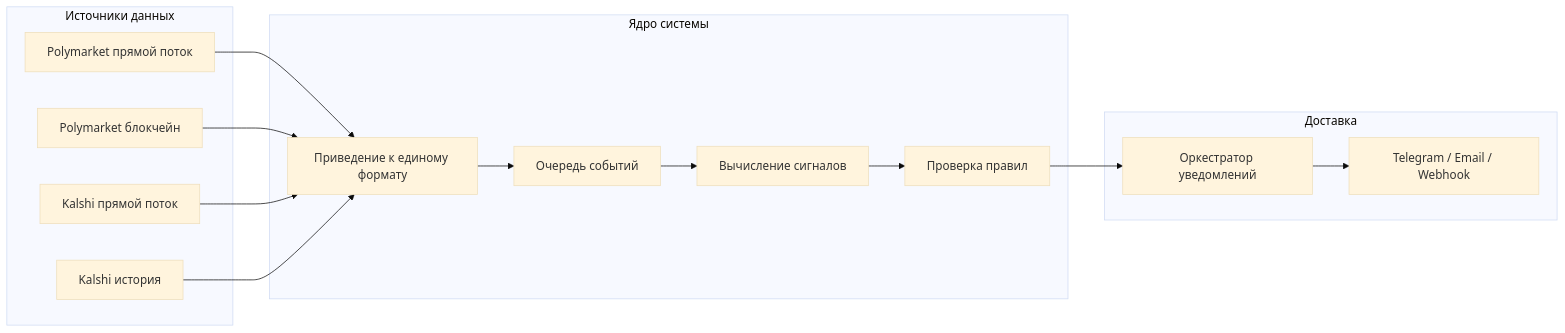
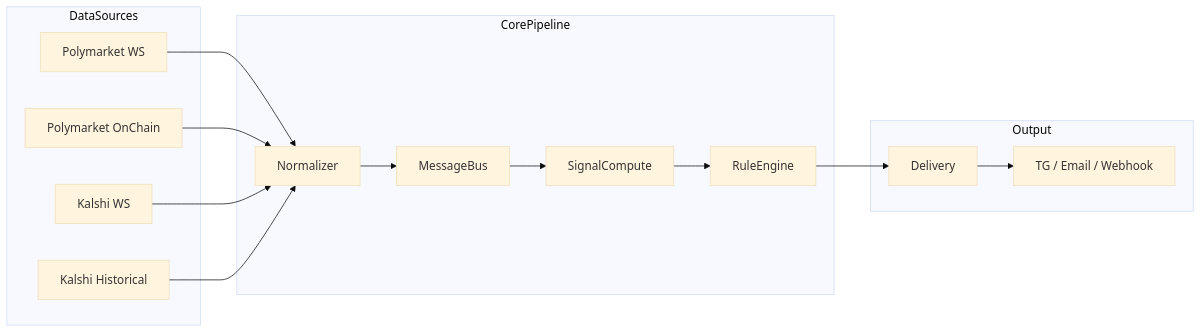
Before and after one commit to MarchenkoRuslan/alarm_system: the first of 7 diagrams in docs/architecture/architecture-deck.md, drawn with Mermaid (base theme). The commit also changed other lines of this file, not shown here.

Commit message:
Update architecture documentation with English terminology for clarity and consistency, including changes to data sources, core pipeline, and event structure.

````diff
--- a/docs/architecture/architecture-deck.md
+++ b/docs/architecture/architecture-deck.md
@@ -43,31 +43,31 @@
 ```mermaid
 flowchart LR
-  subgraph sources [Источники данных]
-    PolyWS[Polymarket прямой поток]
-    PolyChain[Polymarket блокчейн]
-    KalshiWS[Kalshi прямой поток]
-    KalshiHist[Kalshi история]
+  subgraph sources [DataSources]
+    PolyWS[Polymarket WS]
+    PolyChain[Polymarket OnChain]
+    KalshiWS[Kalshi WS]
+    KalshiHist[Kalshi Historical]
   end
 
-  subgraph core [Ядро системы]
-    Norm[Приведение к единому формату]
-    Kafka[Очередь событий]
-    Signal[Вычисление сигналов]
-    Rules[Проверка правил]
+  subgraph core [CorePipeline]
+    Norm[Normalizer]
+    Kafka[MessageBus]
+    Signal[SignalCompute]
+    Rules[RuleEngine]
   end
 
-  subgraph out [Доставка]
-    Notify[Оркестратор уведомлений]
-    Channels[Telegram / Email / Webhook]
+  subgraph out [Output]
+    Notify[Delivery]
+    Channels[TG / Email / Webhook]
   end
 
   PolyWS --> Norm
   PolyChain --> Norm
   KalshiWS --> Norm
   KalshiHist --> Norm
   Norm --> Kafka
   Kafka --> Signal
   Signal --> Rules
   Rules --> Notify
   Notify --> Channels
 ```
````
